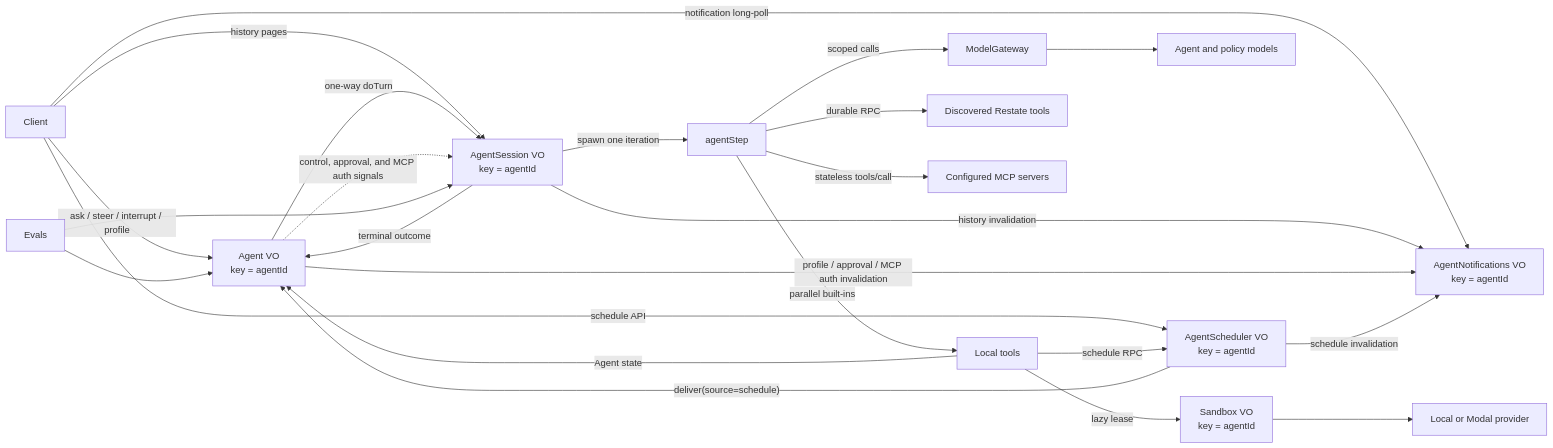
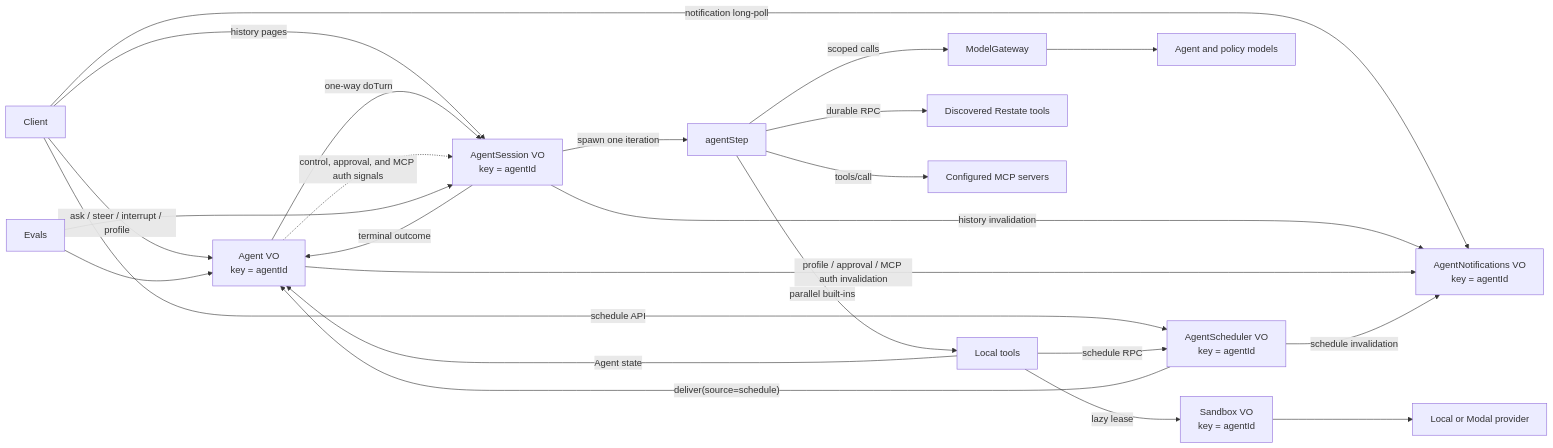
Before and after one commit to restatedev/agent: the diagram in README.md, drawn with Mermaid. The commit also changed other lines of this file and 24 other files, not shown here.

````diff
--- a/README.md
+++ b/README.md
@@ -81,26 +81,26 @@
 ```mermaid
 flowchart LR
   C["Client"] -->|"ask / steer / interrupt / profile"| A["Agent VO\nkey = agentId"]
   C -->|"history pages"| S["AgentSession VO\nkey = agentId"]
   C -->|"notification long-poll"| N["AgentNotifications VO\nkey = agentId"]
   C -->|"schedule API"| Q["AgentScheduler VO\nkey = agentId"]
   A -->|"one-way doTurn"| S
   A -.->|"control, approval, and MCP auth signals"| S
   S -->|"spawn one iteration"| Step["agentStep"]
   Step -->|"scoped calls"| G["ModelGateway"]
   G --> M["Agent and policy models"]
   Step -->|"parallel built-ins"| T["Local tools"]
   Step -->|"durable RPC"| D["Discovered Restate tools"]
-  Step -->|"stateless tools/call"| MCP["Configured MCP servers"]
+  Step -->|"tools/call"| MCP["Configured MCP servers"]
   T -->|"Agent state"| A
   T -->|"schedule RPC"| Q
   T -->|"lazy lease"| X["Sandbox VO\nkey = agentId"]
   X --> P["Local or Modal provider"]
   S -->|"history invalidation"| N
   A -->|"profile / approval / MCP auth invalidation"| N
   Q -->|"schedule invalidation"| N
   Q -->|"deliver(source=schedule)"| A
   S -->|"terminal outcome"| A
   E["Evals"] --> A
   E --> S
 ```
````
